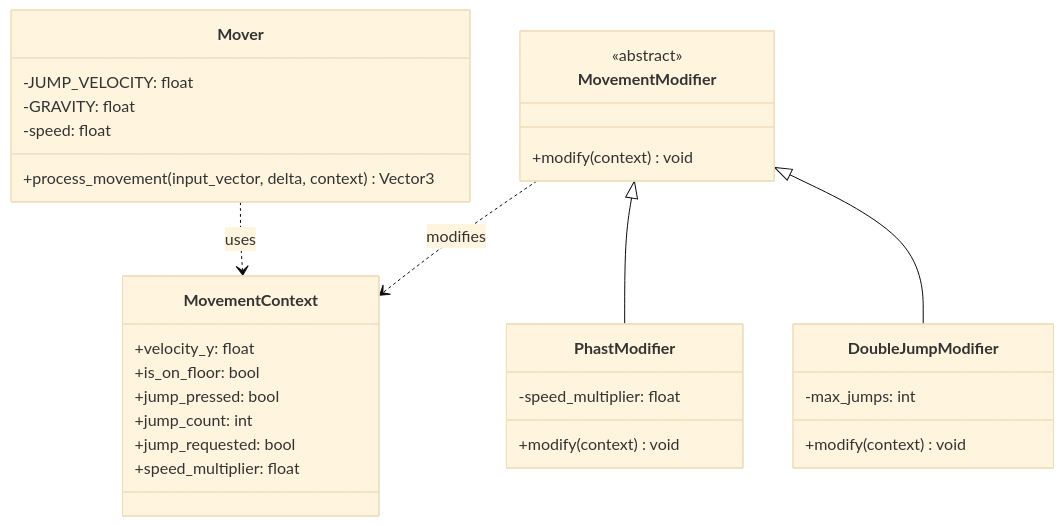
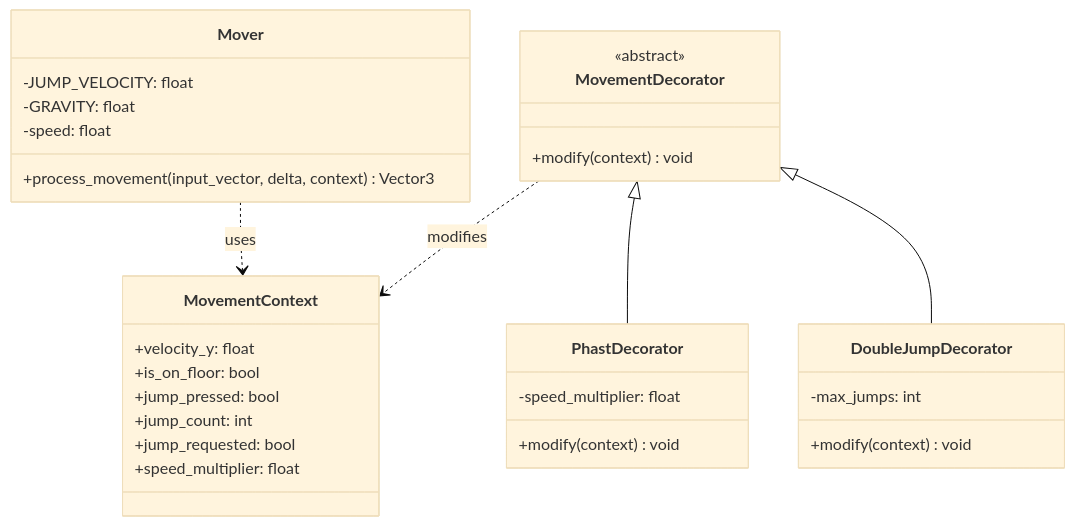
Before and after one commit to theowiik/project-epic-footsies-2: the first of 3 diagrams in game/docs/decorator-architecture.md, drawn with Mermaid (base theme). The commit also changed other lines of this file and 11 other files, not shown here.

````diff
--- a/game/docs/decorator-architecture.md
+++ b/game/docs/decorator-architecture.md
@@ -8,38 +8,38 @@
 ```mermaid
 classDiagram
     class Mover {
         -JUMP_VELOCITY: float
         -GRAVITY: float
         -speed: float
         +process_movement(input_vector, delta, context) Vector3
     }
 
-    class MovementModifier {
+    class MovementDecorator {
         <<abstract>>
         +modify(context) void
     }
 
-    class DoubleJumpModifier {
+    class DoubleJumpDecorator {
         -max_jumps: int
         +modify(context) void
     }
 
-    class PhastModifier {
+    class PhastDecorator {
         -speed_multiplier: float
         +modify(context) void
     }
 
     class MovementContext {
         +velocity_y: float
         +is_on_floor: bool
         +jump_pressed: bool
         +jump_count: int
         +jump_requested: bool
         +speed_multiplier: float
     }
 
-    MovementModifier <|-- DoubleJumpModifier
-    MovementModifier <|-- PhastModifier
-    MovementModifier ..> MovementContext : modifies
+    MovementDecorator <|-- DoubleJumpDecorator
+    MovementDecorator <|-- PhastDecorator
+    MovementDecorator ..> MovementContext : modifies
     Mover ..> MovementContext : uses
 ```
````
